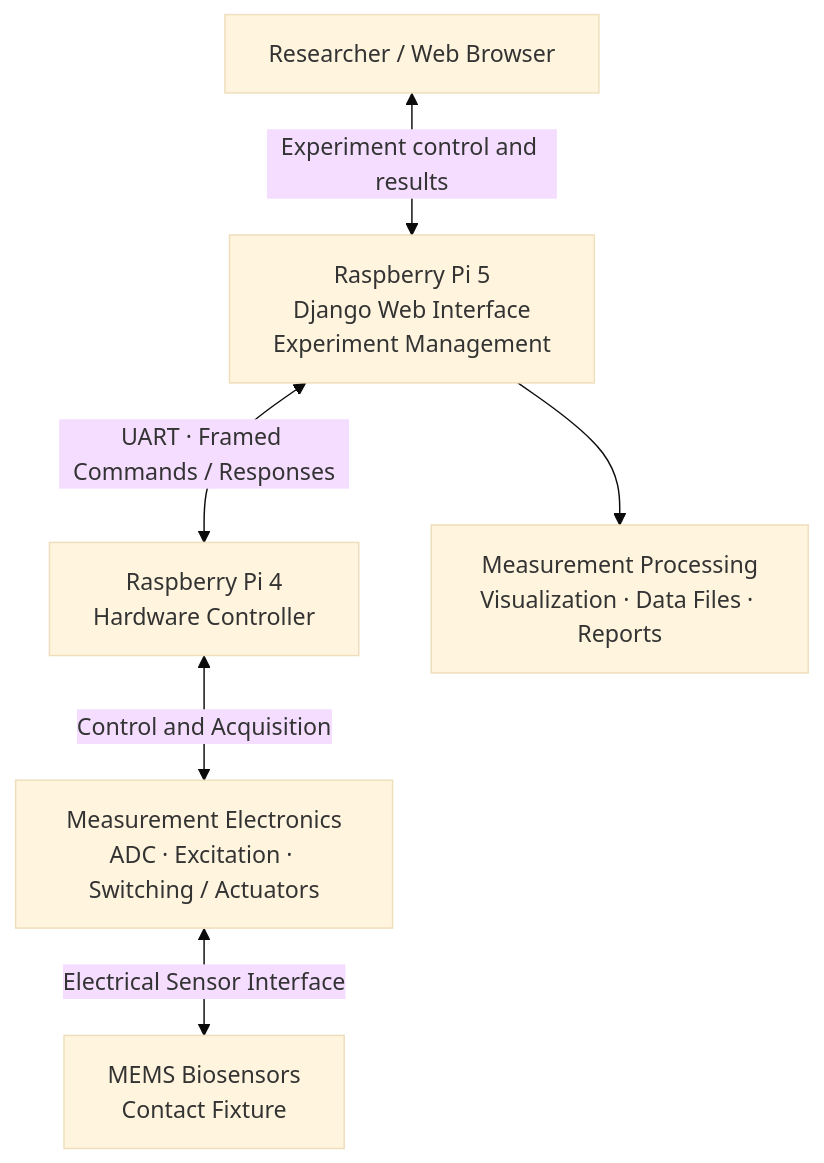
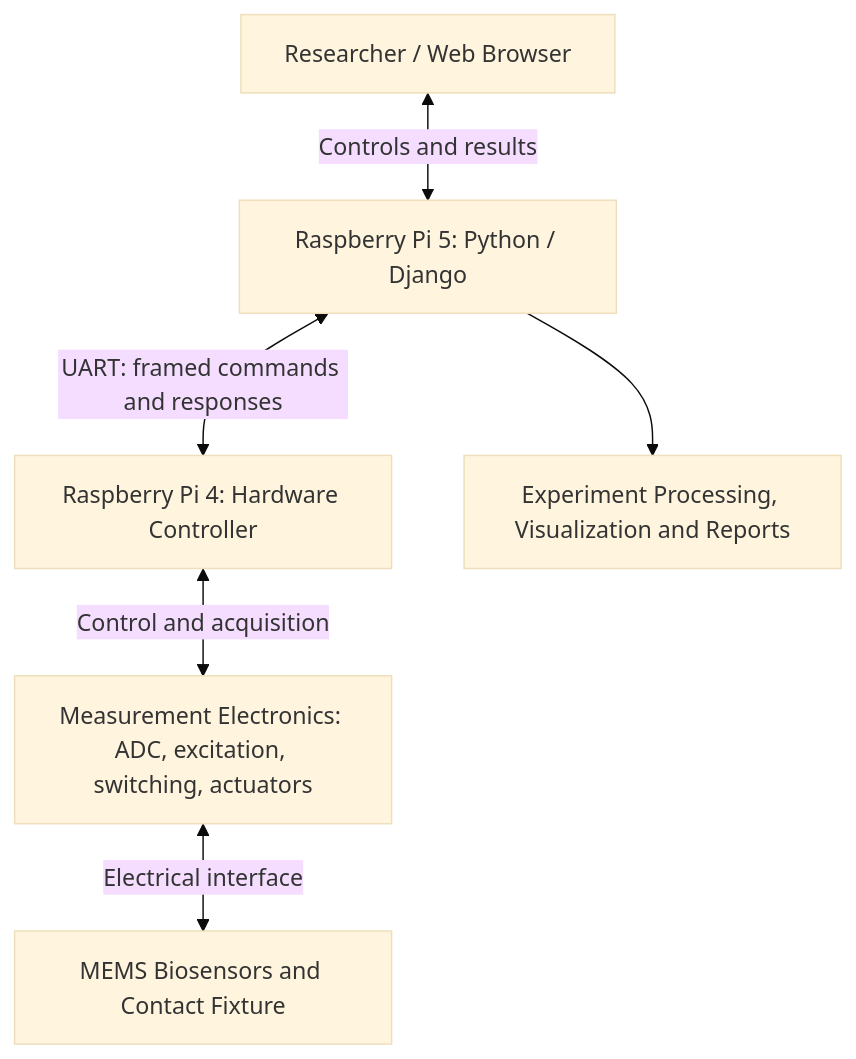
The diagram in README.md (Kamran00786/Compact-Impedance-Sensing-System-Platform), drawn with Mermaid (base theme) before and after one commit. The commit also changed other lines of this file, not shown here.

````diff
--- a/README.md
+++ b/README.md
@@ -24,8 +54,8 @@
 ```mermaid
 flowchart TB
-    User["Researcher / Web Browser"] <-->|"Experiment control and results"| Pi5["Raspberry Pi 5<br/>Django Web Interface<br/>Experiment Management"]
-    Pi5 <-->|"UART · Framed Commands / Responses"| Pi4["Raspberry Pi 4<br/>Hardware Controller"]
-    Pi4 <-->|"Control and Acquisition"| Electronics["Measurement Electronics<br/>ADC · Excitation · Switching / Actuators"]
-    Electronics <-->|"Electrical Sensor Interface"| MEMS["MEMS Biosensors<br/>Contact Fixture"]
-    Pi5 --> Results["Measurement Processing<br/>Visualization · Data Files · Reports"]
+    U["Researcher / Web Browser"] <-->|"Controls and results"| P5["Raspberry Pi 5: Python / Django"]
+    P5 <-->|"UART: framed commands and responses"| P4["Raspberry Pi 4: Hardware Controller"]
+    P4 <-->|"Control and acquisition"| ELEC["Measurement Electronics: ADC, excitation, switching, actuators"]
+    ELEC <-->|"Electrical interface"| SENS["MEMS Biosensors and Contact Fixture"]
+    P5 --> DATA["Experiment Processing, Visualization and Reports"]
 ```
````
